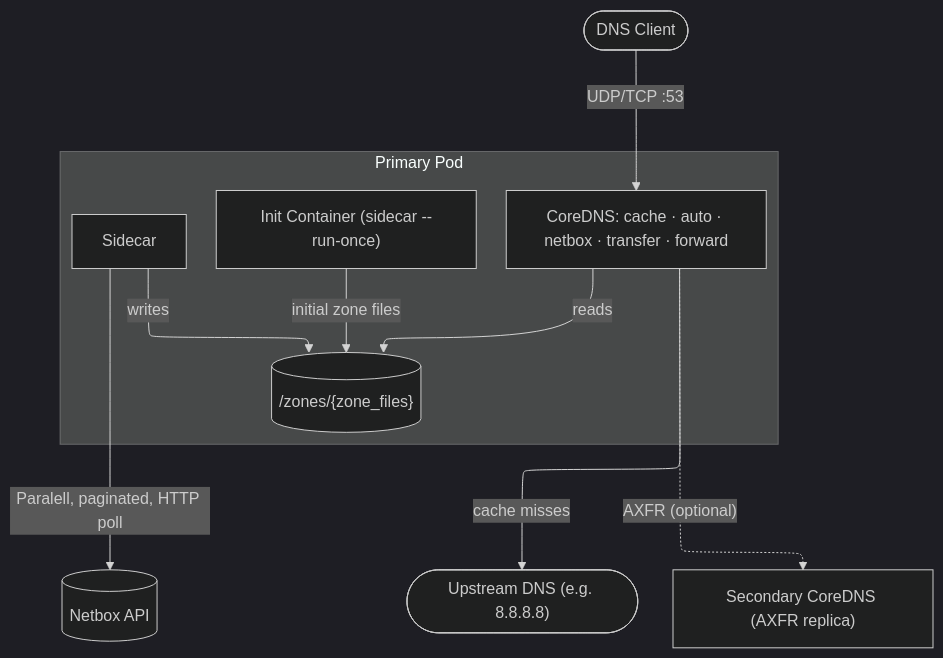
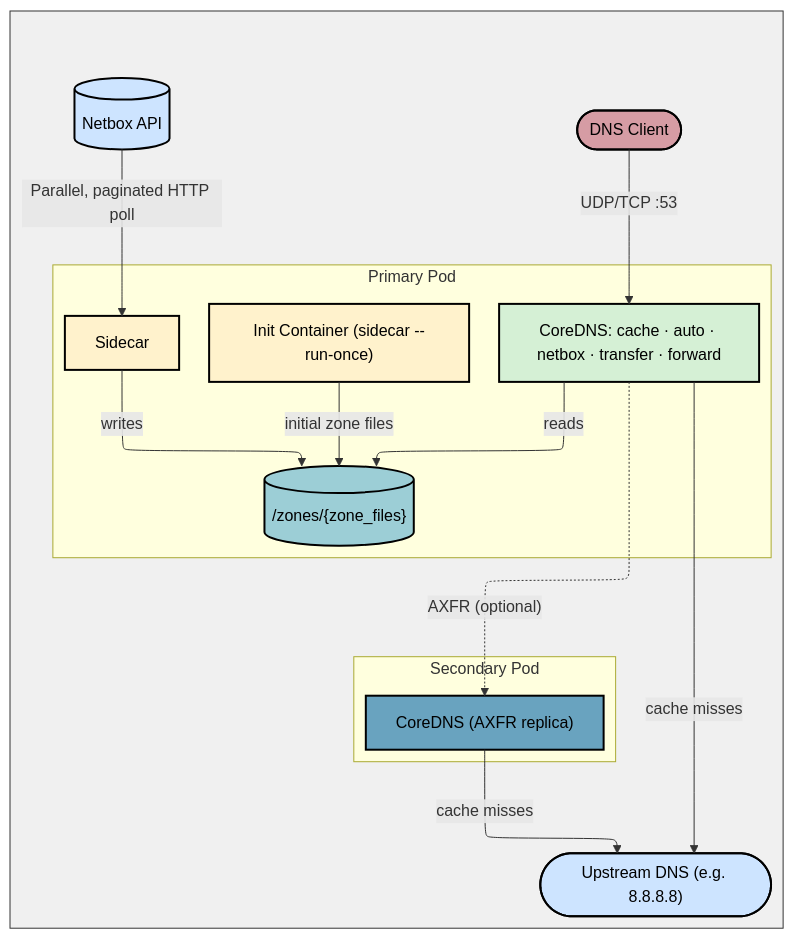
One commit to pallotron/coredns-netbox changed the diagram in README.md. Above: the diagram before and after it, drawn with Mermaid.

Commit message:
refactor(readme): rework mermaid architecture diagram
- Remove ELK layout config (caused broken rendering on GitHub)
- Fix 'Paralell' typo
- Move Secondary CoreDNS into its own Secondary Pod subgraph
- Use plain TD layout with Init/Sidecar/CoreDNS at top rank
- Add pastel color coding matching pvmlab architecture style
- Wrap all nodes in outer subgraph styled white to force background color
- Stack Secondary Pod above Upstream DNS via hidden rank edge
- Use theme: default for lighter edge label backgrounds

````diff
--- a/README.md
+++ b/README.md
@@ -21,30 +21,52 @@
 ```mermaid
 ---
 config:
     layout: elk
-    theme: dark
+    theme: default
     elk:
         mergeEdges: true
-        nodePlacementStrategy: NETWORK_SIMPLEX
 ---
 flowchart TD
+
+subgraph Diagram[" "]
     Client(["DNS Client"])
     Netbox[("Netbox API")]
     Upstream(["Upstream DNS (e.g. 8.8.8.8)"])
-    Secondary["Secondary CoreDNS (AXFR replica)"]
 
     subgraph Primary["Primary Pod"]
         Init["Init Container (sidecar --run-once)"]
+        Sidecar["Sidecar"]
+        Zones[("/zones/{zone_files}")]
         CoreDNS["CoreDNS: cache · auto · netbox · transfer · forward"]
-        Zones[("/zones/{zone_files}")]
-        Sidecar["Sidecar"]
-        Init -->|initial zone files| Zones
-        Sidecar -->|writes| Zones
-        CoreDNS -->|reads| Zones
+        Init -->|"initial zone files"| Zones
+        Sidecar -->|"writes"| Zones
+        CoreDNS -->|"reads"| Zones
+    end
+
+    subgraph Secondary["Secondary Pod"]
+        SecondaryDNS["CoreDNS (AXFR replica)"]
     end
 
     Client -->|"UDP/TCP :53"| CoreDNS
-    Sidecar -->|"Paralell, paginated, HTTP poll"| Netbox
+    Netbox -->|"Parallel, paginated HTTP poll"| Sidecar
     CoreDNS -->|"cache misses"| Upstream
-    CoreDNS -.->|"AXFR (optional)"| Secondary
+    CoreDNS -.->|"AXFR (optional)"| SecondaryDNS
+    SecondaryDNS -->|"cache misses"| Upstream
+end
+
+classDef clientStyle   fill:#d69ca4,stroke:black,stroke-width:2px,color:#000
+classDef externalStyle fill:#cde4ff,stroke:black,stroke-width:2px,color:#000
+classDef dnsStyle      fill:#d5f0d5,stroke:black,stroke-width:2px,color:#000
+classDef workerStyle   fill:#fff2cc,stroke:black,stroke-width:2px,color:#000
+classDef storageStyle  fill:#9cced6,stroke:black,stroke-width:2px,color:#000
+classDef replicaStyle  fill:#69a3bf,stroke:black,stroke-width:2px,color:#000
+classDef diagramStyle fill:#f0f0f0,stroke:#333,stroke-width:1px,color:#000,font-size:14px
+
+class Client clientStyle
+class Netbox,Upstream externalStyle
+class CoreDNS dnsStyle
+class Sidecar,Init workerStyle
+class Zones storageStyle
+class SecondaryDNS replicaStyle
+class Diagram diagramStyle
 ```
````
